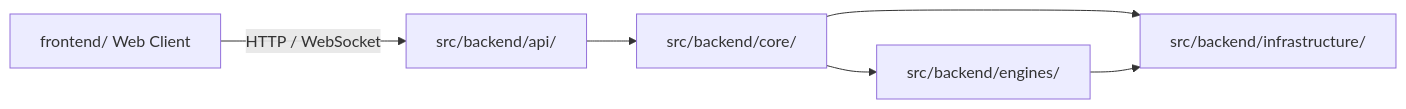
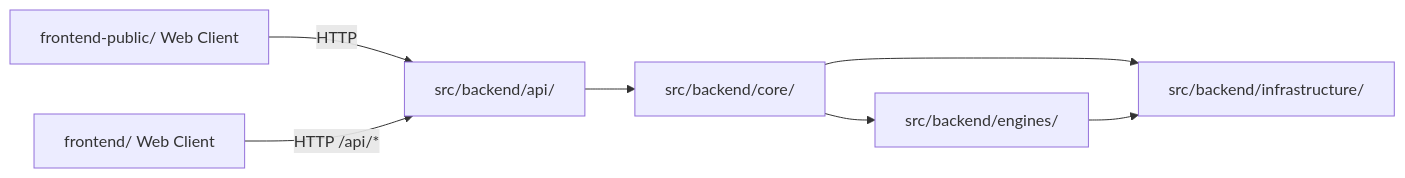
Before and after one commit to zata-zhangtao/zata-codes-template: the fourth of 4 diagrams in docs/architecture/frontend-architecture.md, drawn with Mermaid. The commit also changed other lines of this file and 44 other files, not shown here.

````diff
--- a/docs/architecture/frontend-architecture.md
+++ b/docs/architecture/frontend-architecture.md
@@ -111,8 +210,9 @@
 ```mermaid
 flowchart LR
-    Frontend["frontend/ Web Client"] -->|HTTP / WebSocket| Apps["src/backend/api/"]
+    FrontendPublic["frontend-public/ Web Client"] -->|HTTP| Apps["src/backend/api/"]
+    FrontendAdmin["frontend/ Web Client"] -->|HTTP /api/*| Apps
     Apps --> Core["src/backend/core/"]
     Core --> Capabilities["src/backend/engines/"]
     Core --> Infrastructure["src/backend/infrastructure/"]
     Capabilities --> Infrastructure
 ```
````
